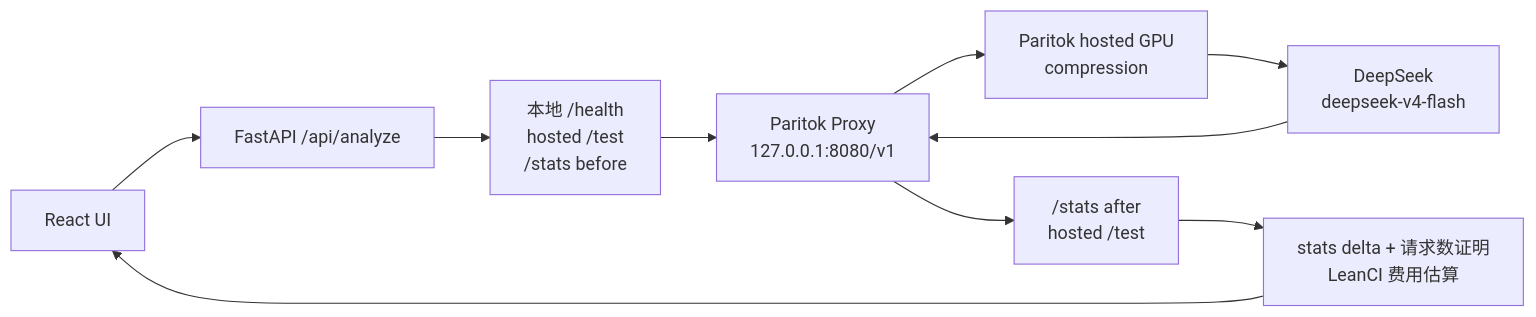
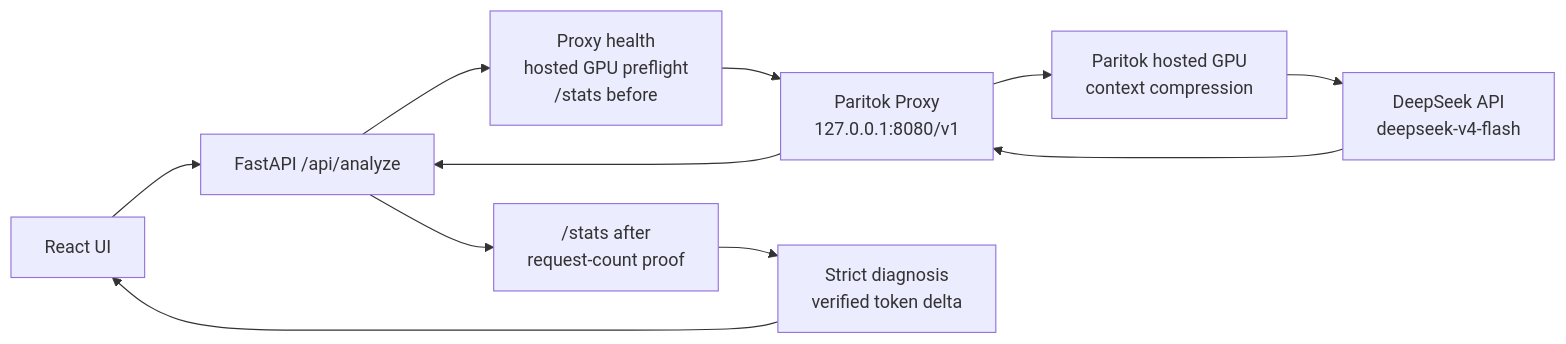
The first of 2 diagrams in docs/ARCHITECTURE.md (Gxinxin-sudo/LeanCI), drawn with Mermaid before and after one commit. The commit also changed other lines of this file and 30 other files, not shown here.

````diff
--- a/docs/ARCHITECTURE.md
+++ b/docs/ARCHITECTURE.md
@@ -8,12 +6,12 @@
 ```mermaid
 flowchart LR
     UI["React UI"] --> API["FastAPI /api/analyze"]
-    API --> PRE["本地 /health<br/>hosted /test<br/>/stats before"]
+    API --> PRE["Proxy health<br/>hosted GPU preflight<br/>/stats before"]
     PRE --> PX["Paritok Proxy<br/>127.0.0.1:8080/v1"]
-    PX --> GPU["Paritok hosted GPU<br/>compression"]
-    GPU --> DS["DeepSeek<br/>deepseek-v4-flash"]
-    DS --> PX
-    PX --> POST["/stats after<br/>hosted /test"]
-    POST --> PROOF["stats delta + 请求数证明<br/>LeanCI 费用估算"]
-    PROOF --> UI
+    PX --> GPU["Paritok hosted GPU<br/>context compression"]
+    GPU --> DS["DeepSeek API<br/>deepseek-v4-flash"]
+    DS --> PX --> API
+    API --> POST["/stats after<br/>request-count proof"]
+    POST --> OUT["Strict diagnosis<br/>verified token delta"]
+    OUT --> UI
 ```
````
